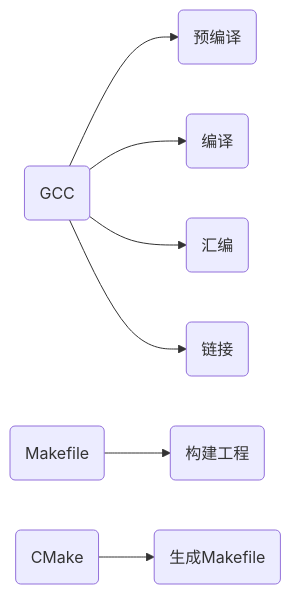
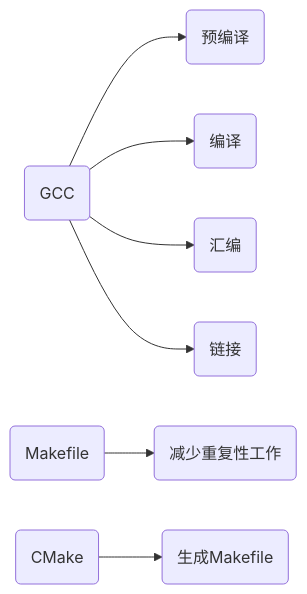
Before and after one commit to nArrow4/LangYa-Tutorials: the diagram in chapter1/gcc_makefile_cmake.md, drawn with Mermaid. The commit also changed other lines of this file and 10 other files, not shown here.

````diff
--- a/chapter1/gcc_makefile_cmake.md
+++ b/chapter1/gcc_makefile_cmake.md
@@ -5,12 +5,12 @@
 ```mermaid
 graph LR
 B1(GCC)
 B2(Makefile)
 B3(CMake)
 B1-->C1(预编译)
 B1-->C2(编译)
 B1-->C3(汇编)
 B1-->C4(链接)
-B2-->D1(构建工程)
+B2-->D1(减少重复性工作)
 B3-->E1(生成Makefile)
 ```
````
